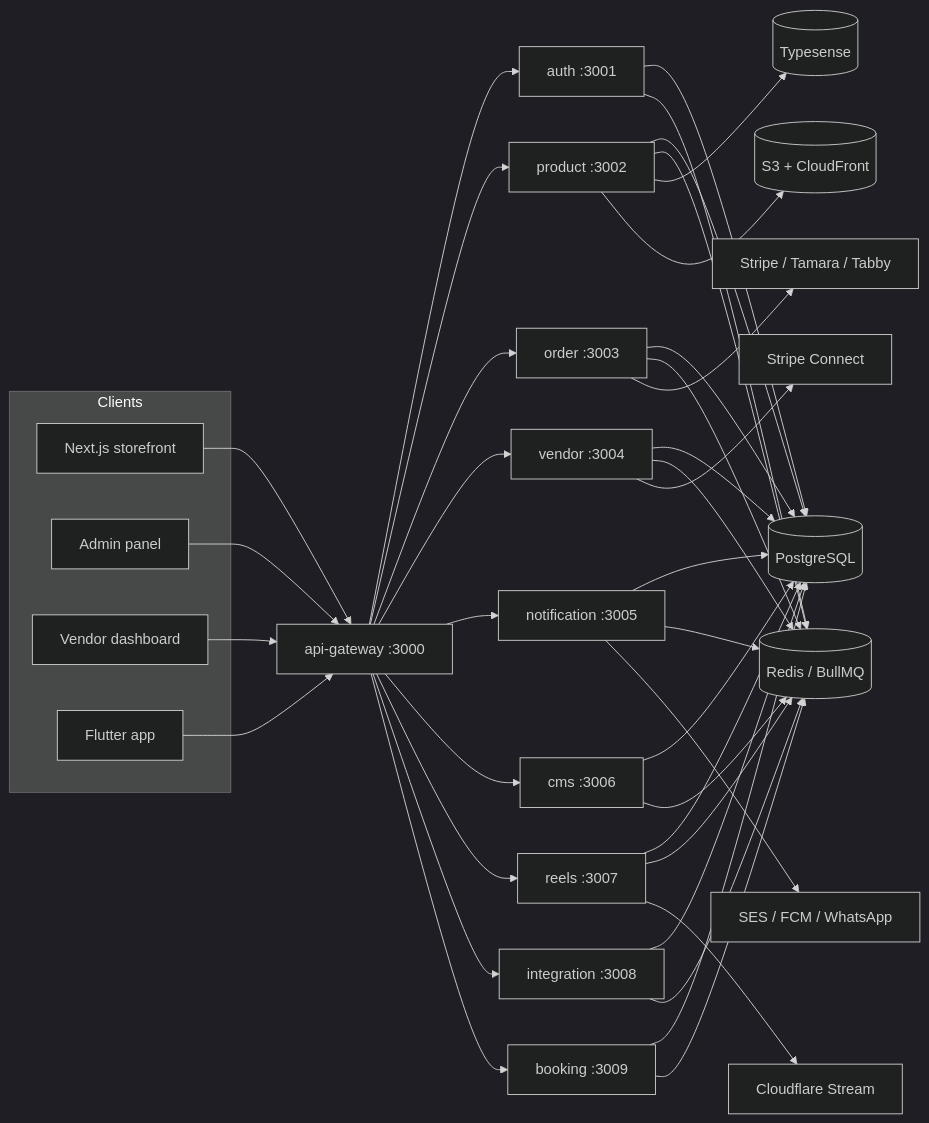
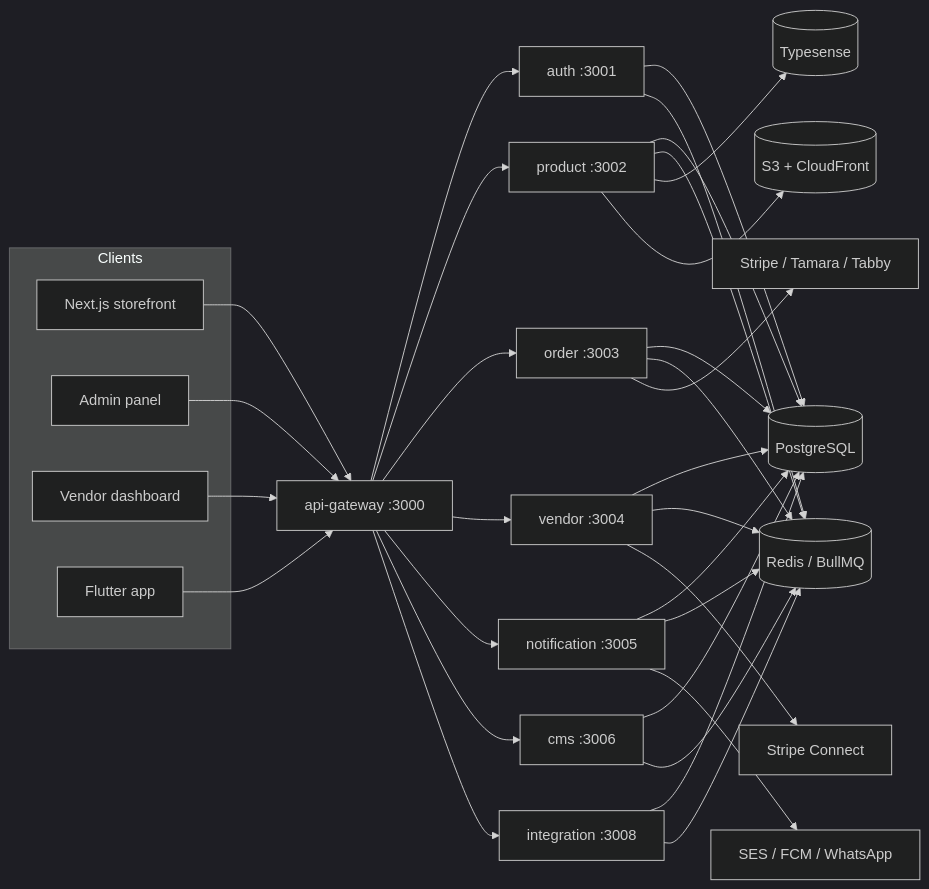
Before and after one commit to ismailfarisi/materialhub: the first of 2 diagrams in docs/backend/01-architecture.md, drawn with Mermaid (dark theme). The commit also changed other lines of this file and 107 other files, not shown here.

First line of the commit message:
Prune order-service, finish the schema and update the backend docs

````diff
--- a/docs/backend/01-architecture.md
+++ b/docs/backend/01-architecture.md
@@ -69,35 +66,32 @@
 ```mermaid
 flowchart LR
     subgraph clients[Clients]
         WEB[Next.js storefront]
         ADM[Admin panel]
         VEN[Vendor dashboard]
         MOB[Flutter app]
     end
 
     GW[api-gateway :3000]
 
     WEB --> GW
     ADM --> GW
     VEN --> GW
     MOB --> GW
 
     GW --> AUTH[auth :3001]
     GW --> PROD[product :3002]
     GW --> ORD[order :3003]
     GW --> VND[vendor :3004]
     GW --> NOT[notification :3005]
     GW --> CMS[cms :3006]
-    GW --> REE[reels :3007]
     GW --> INT[integration :3008]
-    GW --> BOK[booking :3009]
 
-    AUTH & PROD & ORD & VND & NOT & CMS & REE & INT & BOK --> PG[(PostgreSQL)]
-    AUTH & PROD & ORD & VND & NOT & CMS & REE & INT & BOK --> RDS[(Redis / BullMQ)]
+    AUTH & PROD & ORD & VND & NOT & CMS & INT --> PG[(PostgreSQL)]
+    AUTH & PROD & ORD & VND & NOT & CMS & INT --> RDS[(Redis / BullMQ)]
     PROD --> TS[(Typesense)]
     PROD --> S3[(S3 + CloudFront)]
     ORD --> STRIPE[Stripe / Tamara / Tabby]
     VND --> CONNECT[Stripe Connect]
-    REE --> CF[Cloudflare Stream]
     NOT --> SES[SES / FCM / WhatsApp]
 ```
````
